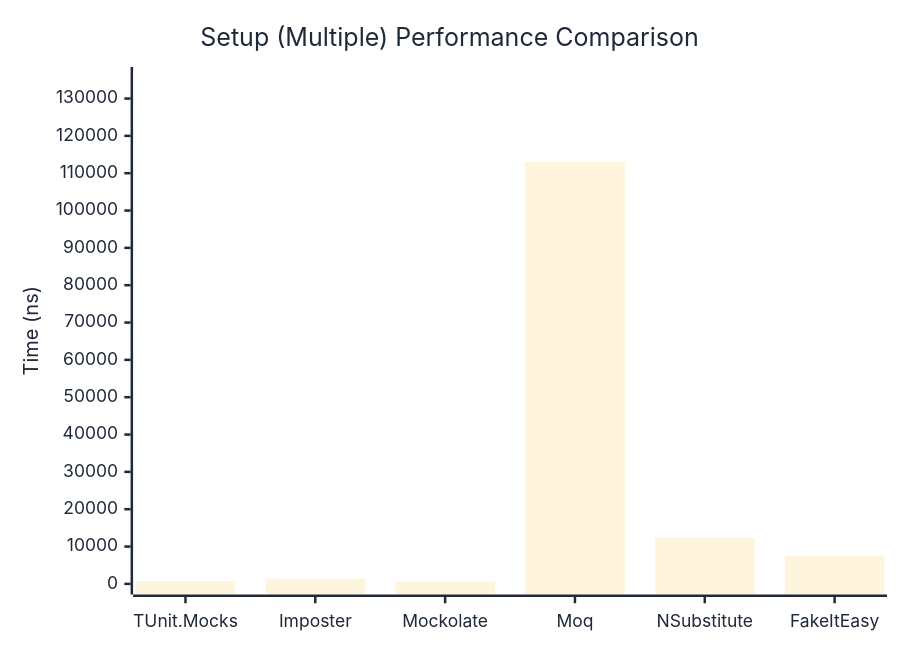
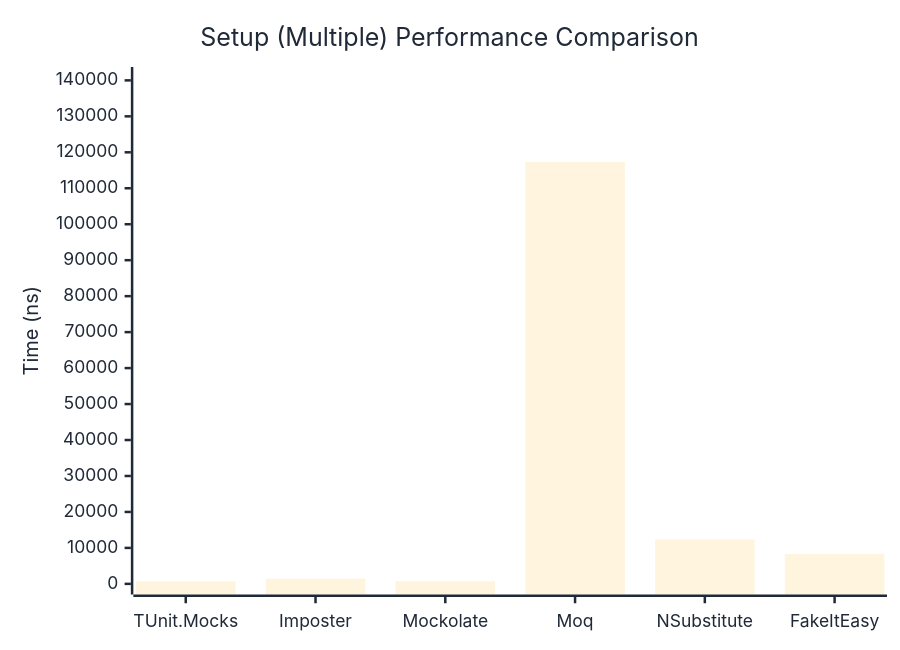
One commit to thomhurst/TUnit changed the second of 2 diagrams in docs/docs/benchmarks/mocks/Setup.md. Above: the diagram before and after it, drawn with Mermaid. The commit also changed other lines of this file and 14 other files, not shown here.

````diff
--- a/docs/docs/benchmarks/mocks/Setup.md
+++ b/docs/docs/benchmarks/mocks/Setup.md
@@ -69,27 +69,27 @@
 ```mermaid
 %%{init: {
   'theme':'base',
   'themeVariables': {
     'primaryColor': '#2563eb',
     'primaryTextColor': '#1f2937',
     'primaryBorderColor': '#1e40af',
     'lineColor': '#6b7280',
     'secondaryColor': '#7c3aed',
     'tertiaryColor': '#dc2626',
     'background': '#ffffff',
     'pie1': '#2563eb',
     'pie2': '#7c3aed',
     'pie3': '#dc2626',
     'pie4': '#f59e0b',
     'pie5': '#10b981',
     'pie6': '#06b6d4',
     'pie7': '#ec4899',
     'pie8': '#6366f1'
   }
 }}%%
 xychart-beta
   title "Setup (Multiple) Performance Comparison"
   x-axis ["TUnit.Mocks", "Imposter", "Mockolate", "Moq", "NSubstitute", "FakeItEasy"]
-  y-axis "Time (ns)" 0 --> 135600
-  bar [749.2, 1401.7, 712.9, 112999.3, 12404.1, 7566.5]
+  y-axis "Time (ns)" 0 --> 140764
+  bar [709.1, 1457.6, 750.5, 117302.6, 12338.8, 8335.2]
 ```
````
